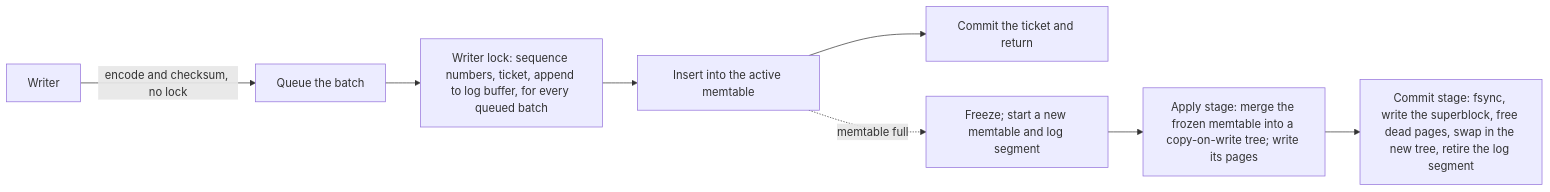
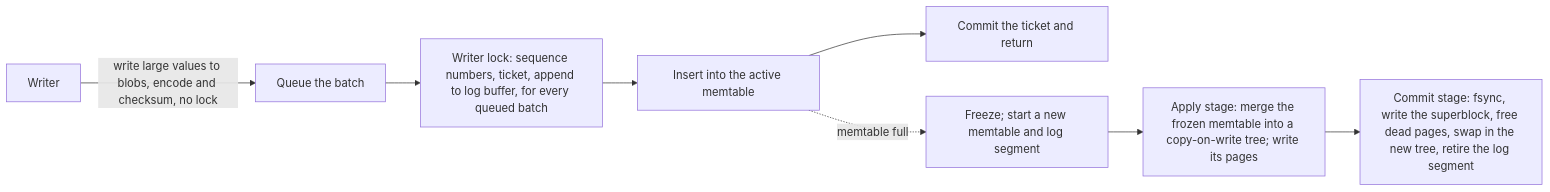
Before and after one commit to danthegoodman1/lionturtle: the diagram in DESIGN.md, drawn with Mermaid. The commit also changed other lines of this file and 26 other files, not shown here.

````diff
--- a/DESIGN.md
+++ b/DESIGN.md
@@ -17,10 +17,10 @@
 ```mermaid
 flowchart LR
-  W[Writer] -->|encode and checksum, no lock| Q[Queue the batch]
+  W[Writer] -->|write large values to blobs, encode and checksum, no lock| Q[Queue the batch]
   Q --> L[Writer lock: sequence numbers, ticket, append to log buffer, for every queued batch]
   L --> M[Insert into the active memtable]
   M --> C[Commit the ticket and return]
   M -.->|memtable full| F[Freeze; start a new memtable and log segment]
   F --> A[Apply stage: merge the frozen memtable into a copy-on-write tree; write its pages]
   A --> K[Commit stage: fsync, write the superblock, free dead pages, swap in the new tree, retire the log segment]
 ```
````
